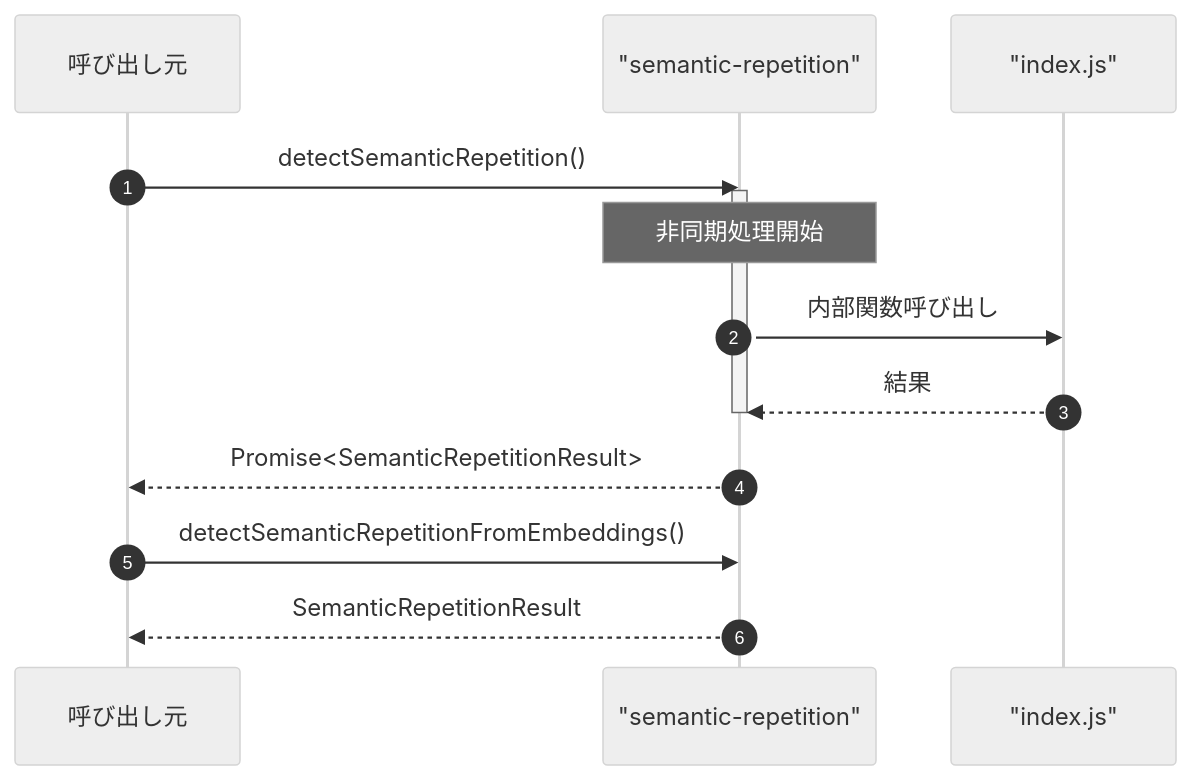
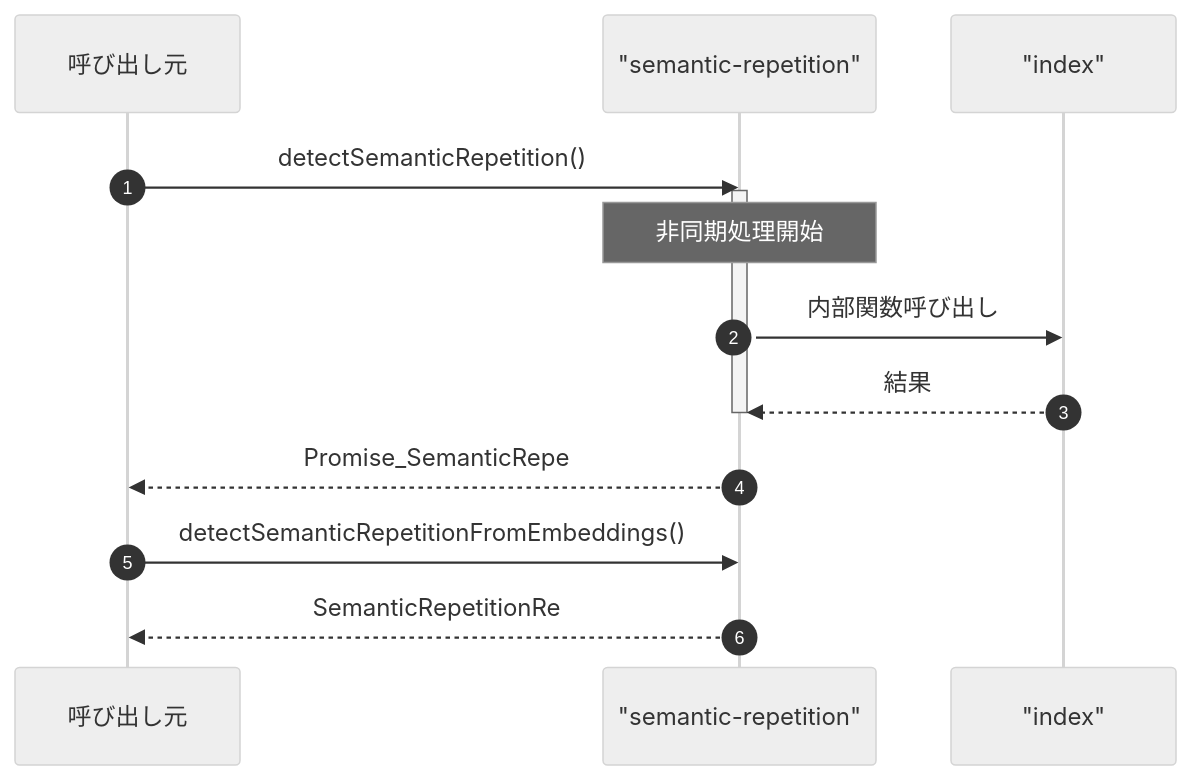
The fourth of 4 diagrams in ABDD/.pi/lib/semantic-repetition.md (Mekann2904/mekann), drawn with Mermaid (neutral theme) before and after one commit. The commit also changed other lines of this file and 174 other files, not shown here.

First line of the commit message:
fix(docs): ABDDのMermaid図生成エラーを修正する

````diff
--- a/ABDD/.pi/lib/semantic-repetition.md
+++ b/ABDD/.pi/lib/semantic-repetition.md
@@ -98,18 +98,18 @@
 ```mermaid
 sequenceDiagram
   autonumber
   participant Caller as 呼び出し元
   participant semantic_repetition as "semantic-repetition"
-  participant index_js as "index.js"
+  participant index as "index"
 
   Caller->>semantic_repetition: detectSemanticRepetition()
   activate semantic_repetition
   Note over semantic_repetition: 非同期処理開始
-  semantic_repetition->>index_js: 内部関数呼び出し
-  index_js-->>semantic_repetition: 結果
+  semantic_repetition->>index: 内部関数呼び出し
+  index-->>semantic_repetition: 結果
   deactivate semantic_repetition
-  semantic_repetition-->>Caller: Promise<SemanticRepetitionResult>
+  semantic_repetition-->>Caller: Promise_SemanticRepe
 
   Caller->>semantic_repetition: detectSemanticRepetitionFromEmbeddings()
-  semantic_repetition-->>Caller: SemanticRepetitionResult
+  semantic_repetition-->>Caller: SemanticRepetitionRe
 ```
````
